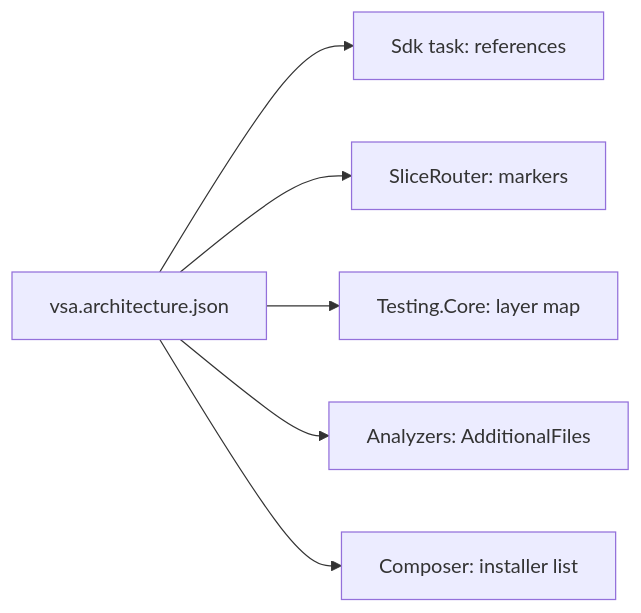
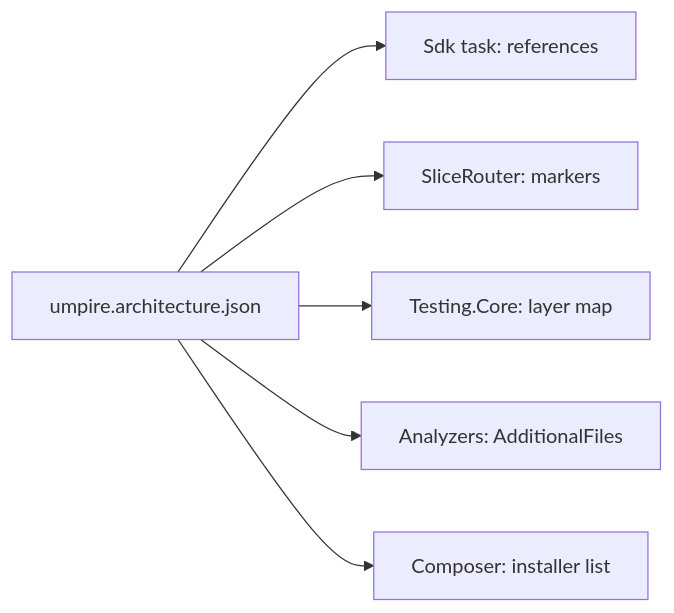
The diagram in docs/proposals/architecture-definition.md (MgCohen/vsa-template), drawn with Mermaid before and after one commit. The commit also changed other lines of this file and 568 other files, not shown here.

````diff
--- a/docs/proposals/architecture-definition.md
+++ b/docs/proposals/architecture-definition.md
@@ -24,8 +24,8 @@
 ```mermaid
 flowchart LR
-    D[vsa.architecture.json] --> S[Sdk task: references]
+    D[umpire.architecture.json] --> S[Sdk task: references]
     D --> R[SliceRouter: markers]
     D --> T[Testing.Core: layer map]
     D --> N[Analyzers: AdditionalFiles]
     D --> C[Composer: installer list]
 ```
````
